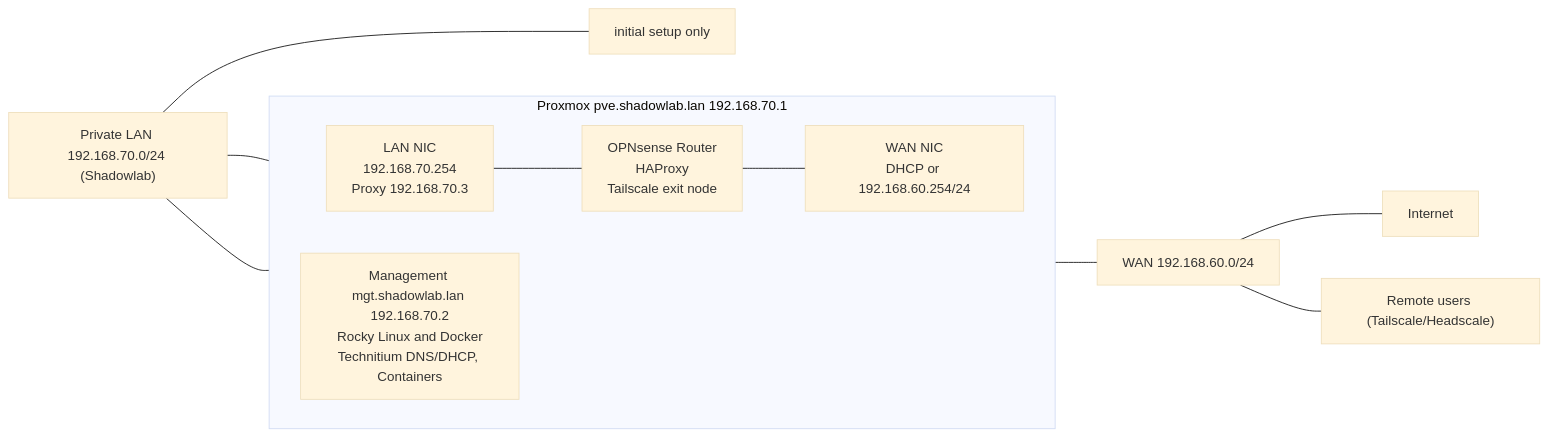
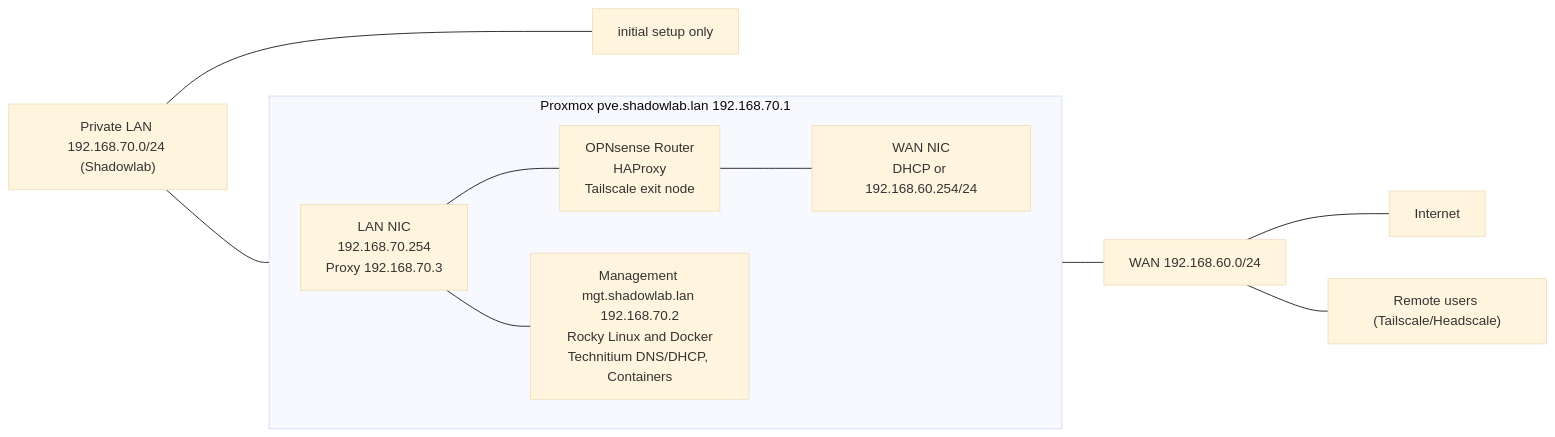
The diagram in docs/diagram.md (dirty-cache/shadowlab), drawn with Mermaid (base theme) before and after one commit.

Commit message:
Connect the management VM to the LAN NIC.

````diff
--- a/docs/diagram.md
+++ b/docs/diagram.md
@@ -7,23 +7,23 @@
 ```mermaid
 flowchart RL
   internet[Internet]
   remote["Remote users (Tailscale/Headscale)"]
   wan["WAN 192.168.60.0/24"]
   subgraph proxmox ["Proxmox pve.shadowlab.lan 192.168.70.1"]
     direction RL
     wannic["WAN NIC<br/>DHCP or 192.168.60.254/24"]
     opnsense["OPNsense Router<br/>HAProxy<br/>Tailscale exit node"]
     lannic["LAN NIC<br/>192.168.70.254<br/>Proxy 192.168.70.3"]
     mgt["Management mgt.shadowlab.lan 192.168.70.2<br/>Rocky Linux and Docker<br/>Technitium DNS/DHCP, Containers"]
   end
   lan["Private LAN 192.168.70.0/24 (Shadowlab)"]
   bootstrap[initial setup only]
   internet --- wan
   remote --- wan
   wan --- wannic
   wannic --- opnsense
   opnsense --- lannic
   lannic --- lan
-  mgt --- lan
+  mgt --- lannic
   bootstrap --- lan
 ```
````
